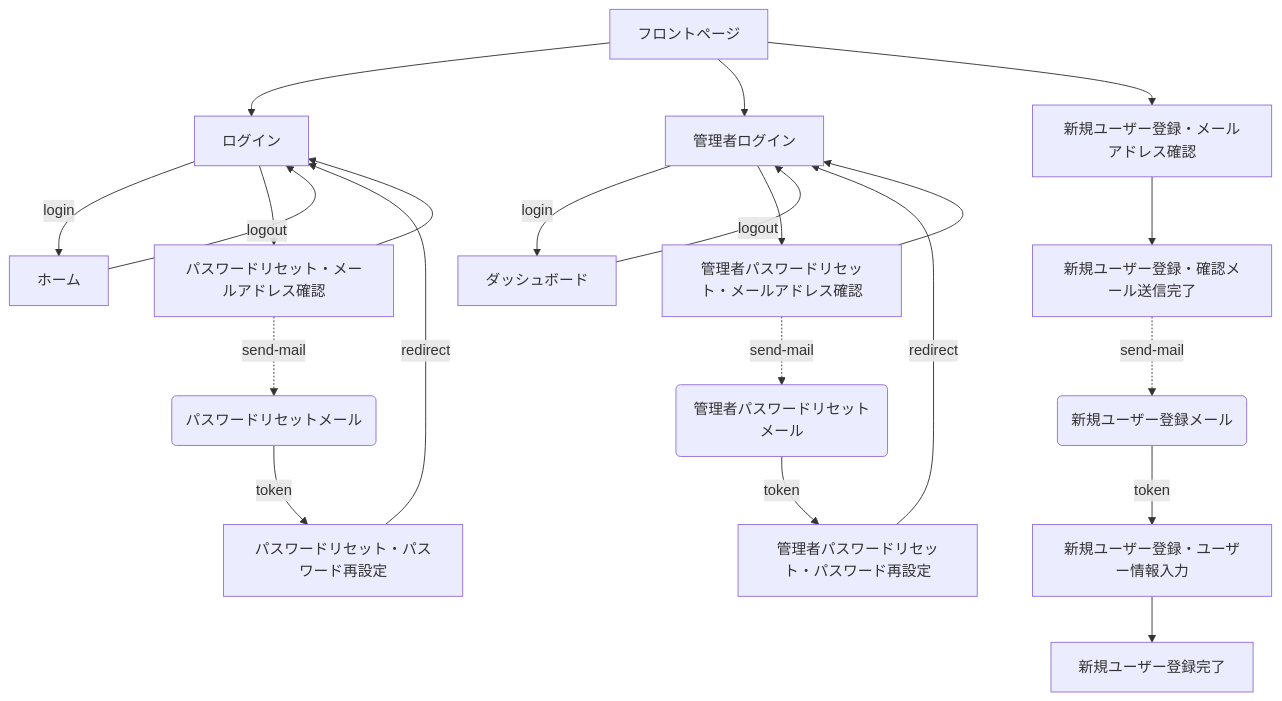
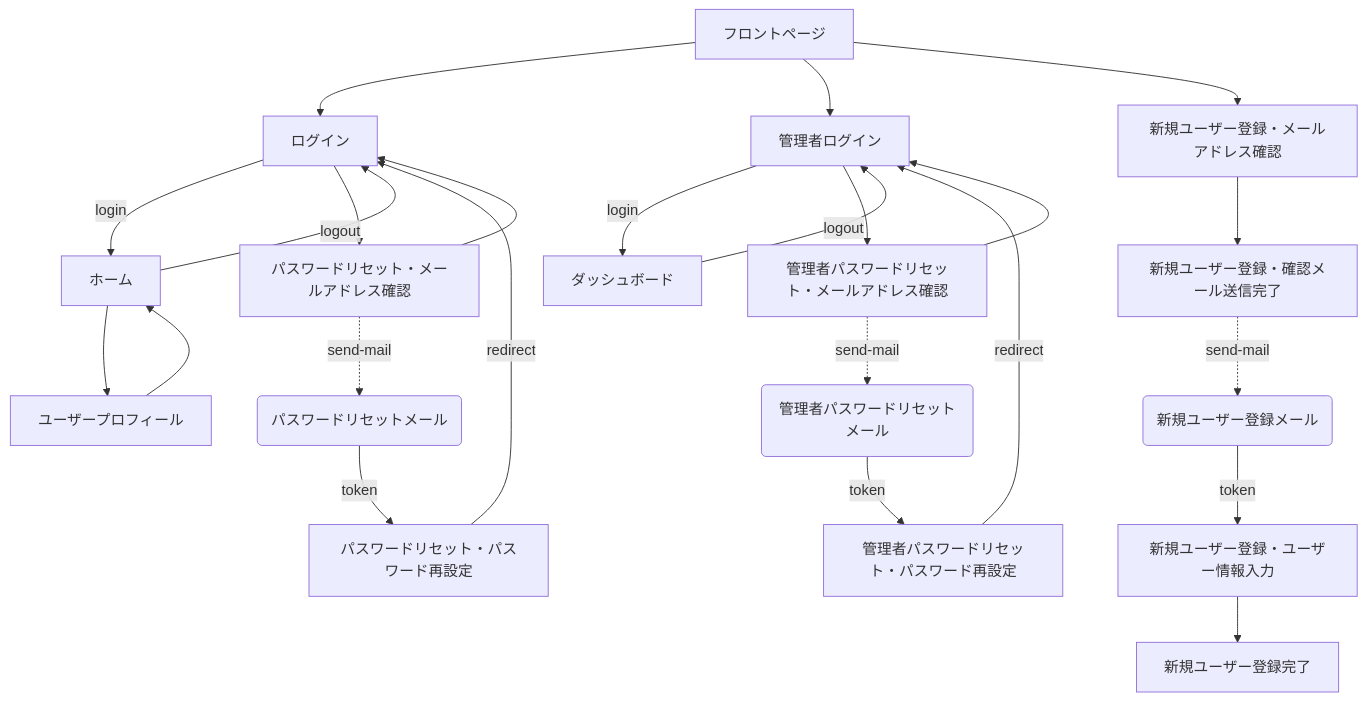
Before and after one commit to DesignSupply/startify-app: the first of 2 diagrams in specifications/ENV_OVERVIEW.md, drawn with Mermaid. The commit also changed other lines of this file and 1 other file, not shown here.

Commit message:
[update] ドキュメント更新

````diff
--- a/specifications/ENV_OVERVIEW.md
+++ b/specifications/ENV_OVERVIEW.md
@@ -101,24 +102,26 @@
 ```mermaid
 flowchart TD
     frontpage[フロントページ] --> signin[ログイン]
     signin -- login -->  home[ホーム]
     home -- logout --> signin
     frontpage --> admin[管理者ログイン]
     admin -- login --> dashboard[ダッシュボード]
     dashboard -- logout --> admin
     signin --> password-forgot[パスワードリセット・メールアドレス確認]
     password-forgot -.-> |send-mail| mail-password-forgot(パスワードリセットメール)
     mail-password-forgot -- token --> password-reset[パスワードリセット・パスワード再設定]
     password-reset -- redirect --> signin
     password-forgot --> signin
     admin --> admin-password-forgot[管理者パスワードリセット・メールアドレス確認]
     admin-password-forgot -.-> |send-mail| mail-admin-password-forgot(管理者パスワードリセットメール)
     mail-admin-password-forgot -- token --> admin-password-reset[管理者パスワードリセット・パスワード再設定]
     admin-password-reset -- redirect --> admin
     admin-password-forgot --> admin
     frontpage --> signup[新規ユーザー登録・メールアドレス確認]
     signup --> signup-pending[新規ユーザー登録・確認メール送信完了]
     signup-pending -.-> |send-mail| mail-signup(新規ユーザー登録メール)
     mail-signup -- token --> signup-register[新規ユーザー登録・ユーザー情報入力]
     signup-register --> signup-complete[新規ユーザー登録完了]
+    home --> profile[ユーザープロフィール]
+    profile --> home
 ```
````
